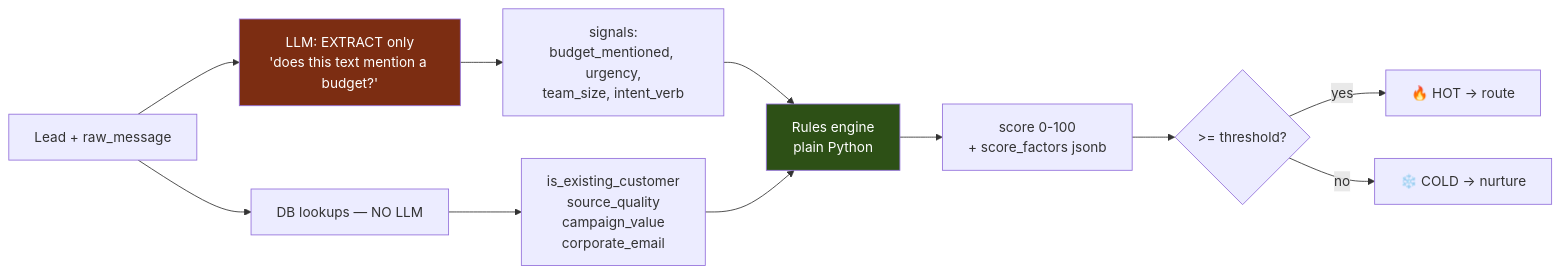
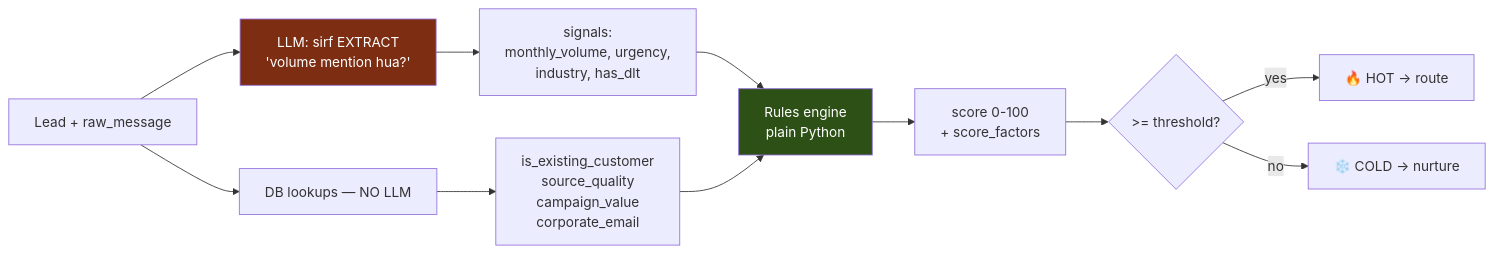
Before and after one commit to jitendra205saini/TwoWay_Ai_Agent: the second of 4 diagrams in TWOWAY.md, drawn with Mermaid. The commit also changed other lines of this file, not shown here.

````diff
--- a/TWOWAY.md
+++ b/TWOWAY.md
@@ -257,15 +296,15 @@
 ```mermaid
 flowchart LR
-    A["Lead + raw_message"] --> B["LLM: EXTRACT only<br/>'does this text mention a budget?'"]
-    B --> C["signals:<br/>budget_mentioned, urgency,<br/>team_size, intent_verb"]
+    A["Lead + raw_message"] --> B["LLM: sirf EXTRACT<br/>'volume mention hua?'"]
+    B --> C["signals:<br/>monthly_volume, urgency,<br/>industry, has_dlt"]
     A --> D["DB lookups — NO LLM"]
     D --> E["is_existing_customer<br/>source_quality<br/>campaign_value<br/>corporate_email"]
     C --> F["Rules engine<br/>plain Python"]
     E --> F
-    F --> G["score 0-100<br/>+ score_factors jsonb"]
+    F --> G["score 0-100<br/>+ score_factors"]
     G --> H{"&gt;= threshold?"}
     H -->|yes| I["🔥 HOT → route"]
     H -->|no| J["❄️ COLD → nurture"]
     style B fill:#7c2d12,color:#fff
     style F fill:#2d5016,color:#fff
 ```
````
